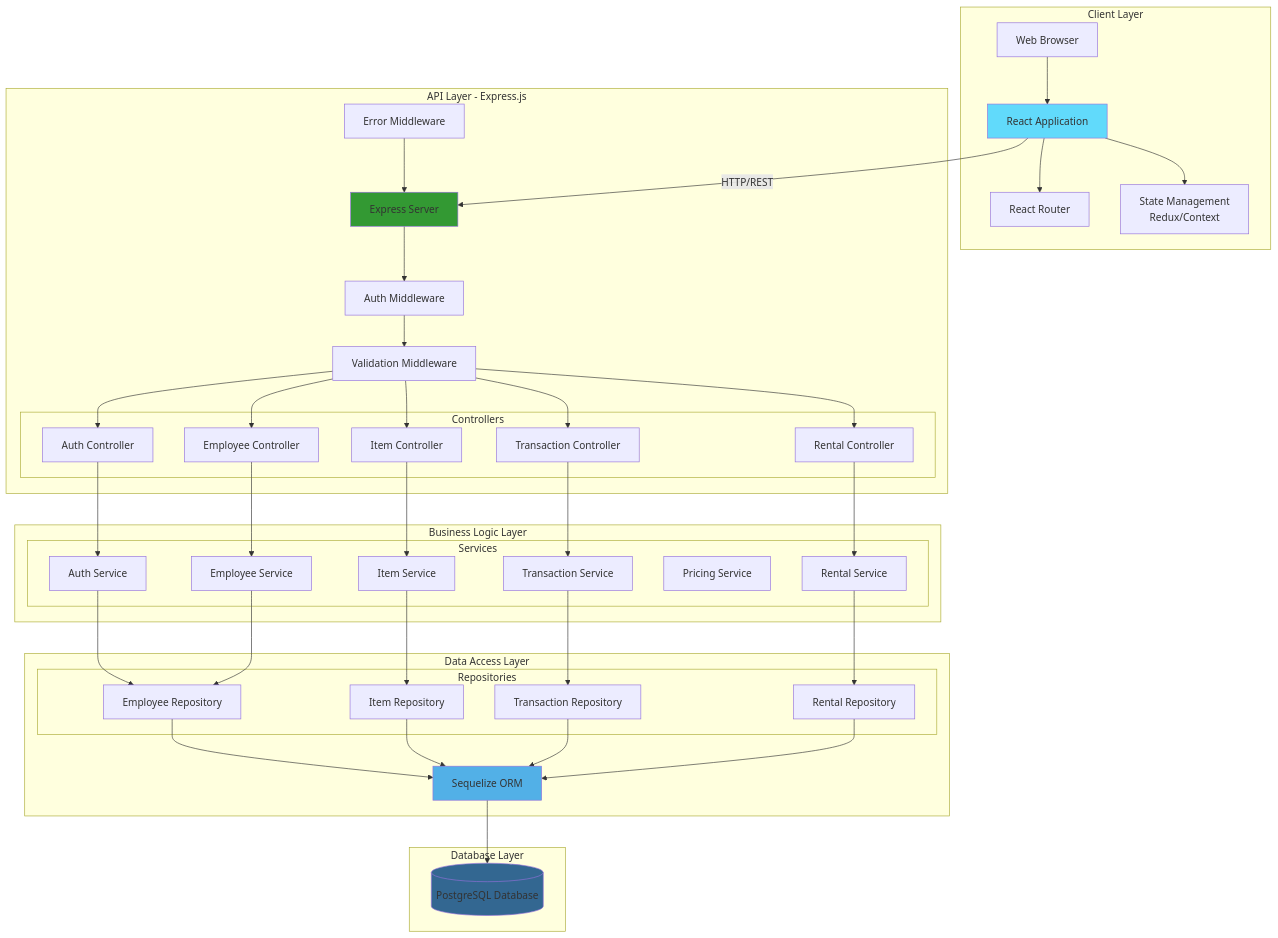
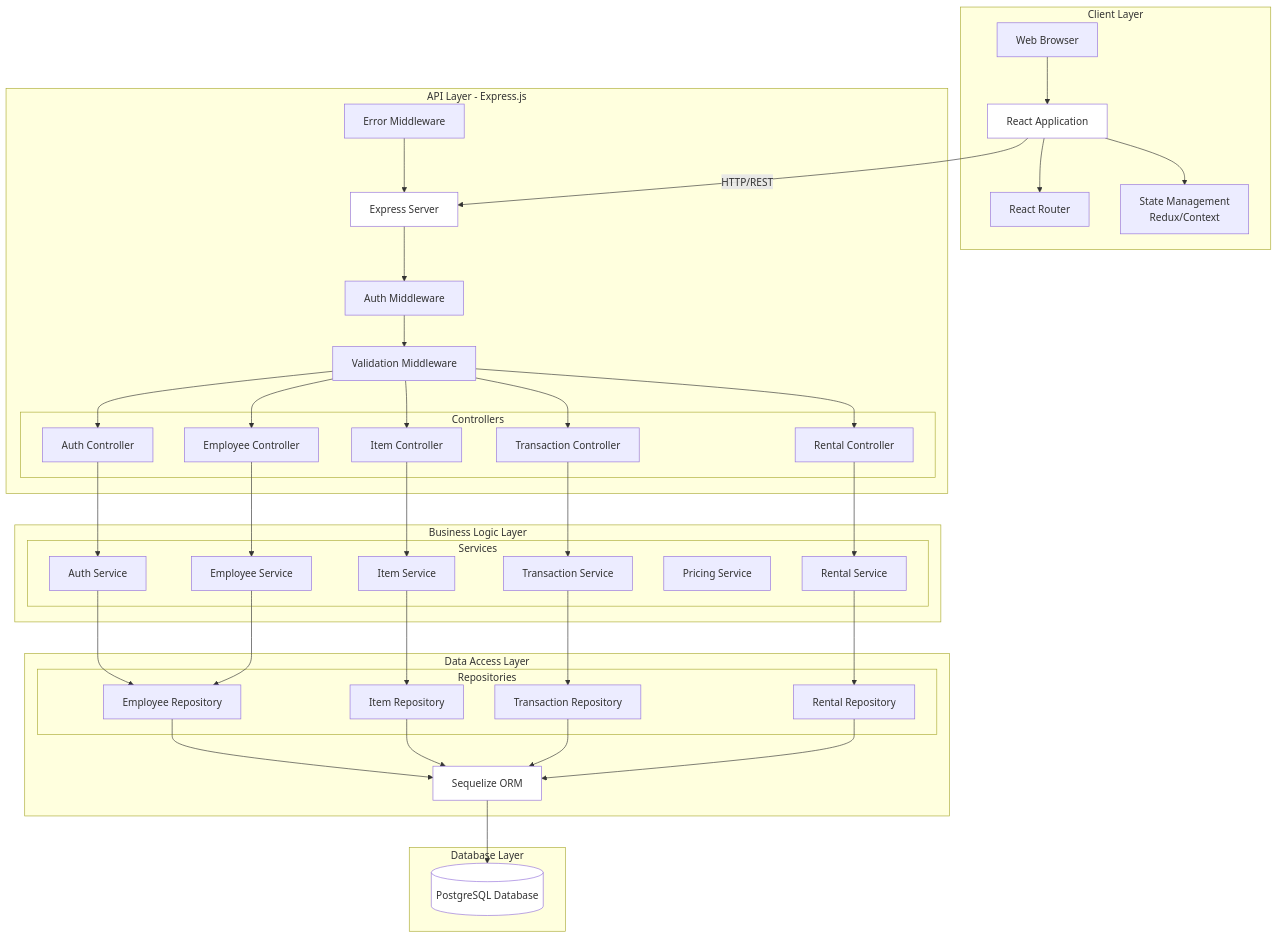
Before and after one commit to MasterOz786/Re-Engineering-POS: the third of 23 diagrams in legacy/DIAGRAMS.md, drawn with Mermaid. The commit also changed other lines of this file, not shown here.

Commit message:
Update all diagrams to use white backgrounds

````diff
--- a/legacy/DIAGRAMS.md
+++ b/legacy/DIAGRAMS.md
@@ -222,8 +222,8 @@
     
     ErrorMW --> API
     
-    style React fill:#61dafb
-    style API fill:#339933
-    style PostgreSQL fill:#336791
-    style ORM fill:#52b0e7
+    style React fill:#ffffff
+    style API fill:#ffffff
+    style PostgreSQL fill:#ffffff
+    style ORM fill:#ffffff
 ```
````
